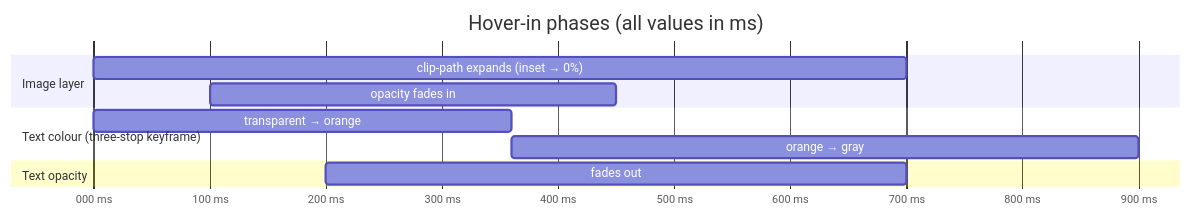
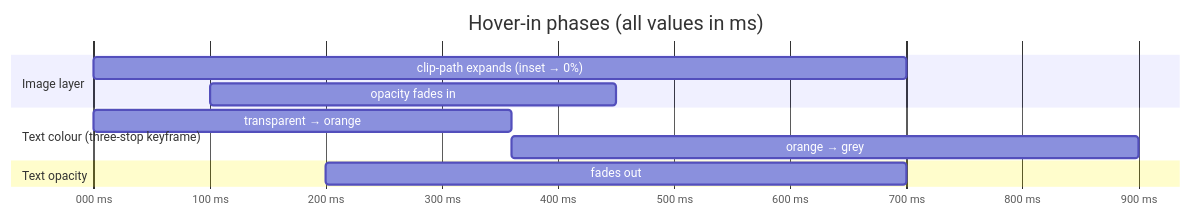
The diagram in src/content/blog/2026/kollitsch-dev-header-animation/index.md (davidsneighbour/kollitsch.dev), drawn with Mermaid before and after one commit. The commit also changed other lines of this file and 29 other files, not shown here.

````diff
--- a/src/content/blog/2026/kollitsch-dev-header-animation/index.md
+++ b/src/content/blog/2026/kollitsch-dev-header-animation/index.md
@@ -51,14 +51,14 @@
 ```mermaid
 gantt
     title Hover-in phases (all values in ms)
     dateFormat  x
     axisFormat  %L ms
     section Image layer
     clip-path expands (inset → 0%)             :0, 700
     opacity fades in                            :100, 450
     section Text colour (three-stop keyframe)
     transparent → orange                        :0, 360
-    orange → gray                               :360, 900
+    orange → grey                               :360, 900
     section Text opacity
     fades out                                   :200, 700
 ```
````
